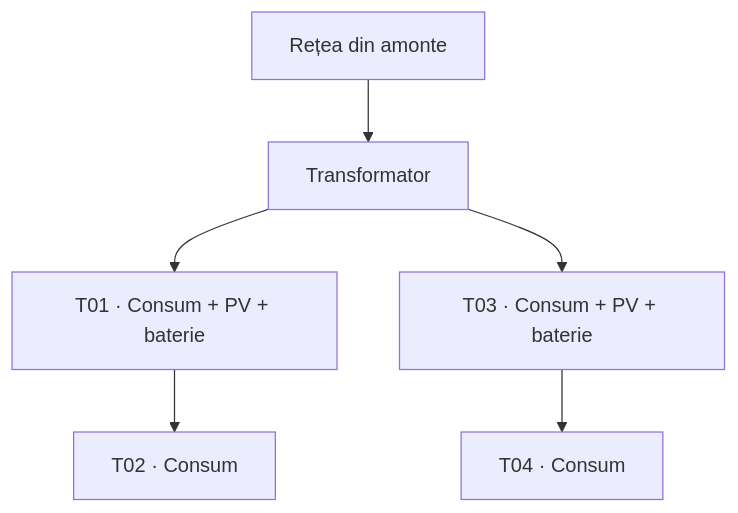
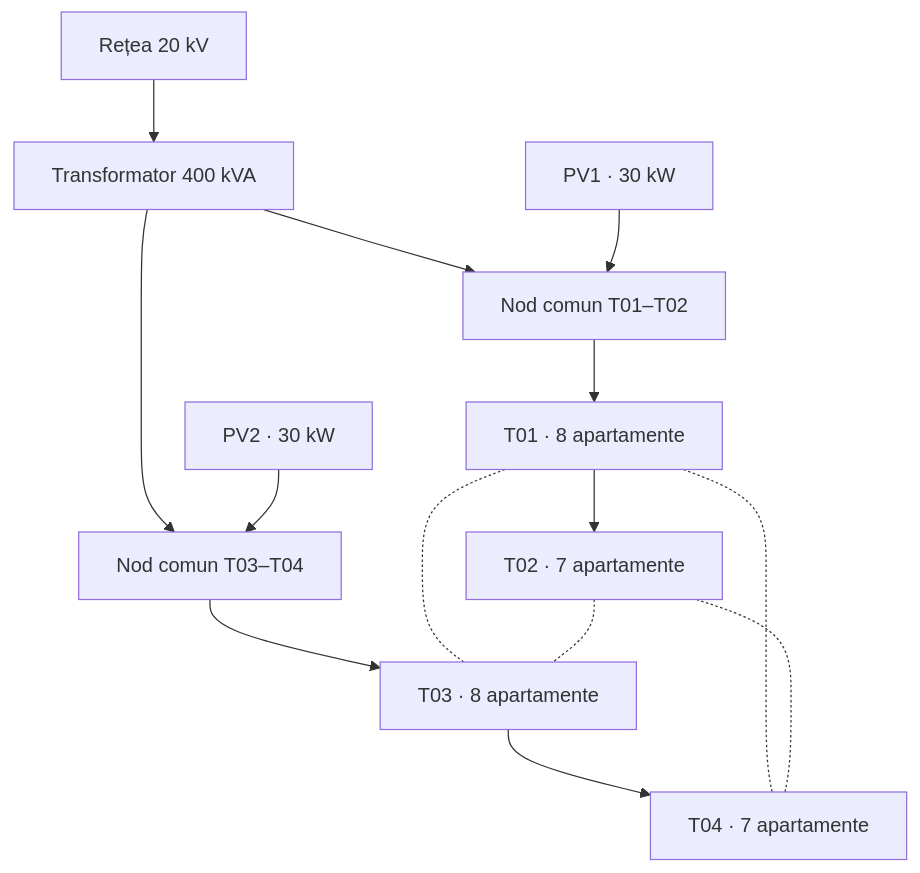
Before and after one commit to Copernicus12/electrical-distribution-IOT-platform: the first of 2 diagrams in README.md, drawn with Mermaid. The commit also changed other lines of this file, not shown here.

````diff
--- a/README.md
+++ b/README.md
@@ -15,8 +24,16 @@
 ```mermaid
 flowchart TD
-    GRID["Rețea din amonte"] --> TR["Transformator"]
-    TR --> T01["T01 · Consum + PV + baterie"]
-    TR --> T03["T03 · Consum + PV + baterie"]
-    T01 --> T02["T02 · Consum"]
-    T03 --> T04["T04 · Consum"]
+    GRID["Rețea 20 kV"] --> TR["Transformator 400 kVA"]
+    TR --> A["Nod comun T01–T02"]
+    TR --> B["Nod comun T03–T04"]
+    PV1["PV1 · 30 kW"] --> A
+    PV2["PV2 · 30 kW"] --> B
+    A --> T01["T01 · 8 apartamente"]
+    T01 --> T02["T02 · 7 apartamente"]
+    B --> T03["T03 · 8 apartamente"]
+    T03 --> T04["T04 · 7 apartamente"]
+    T01 -.- T03
+    T01 -.- T04
+    T02 -.- T03
+    T02 -.- T04
 ```
````
